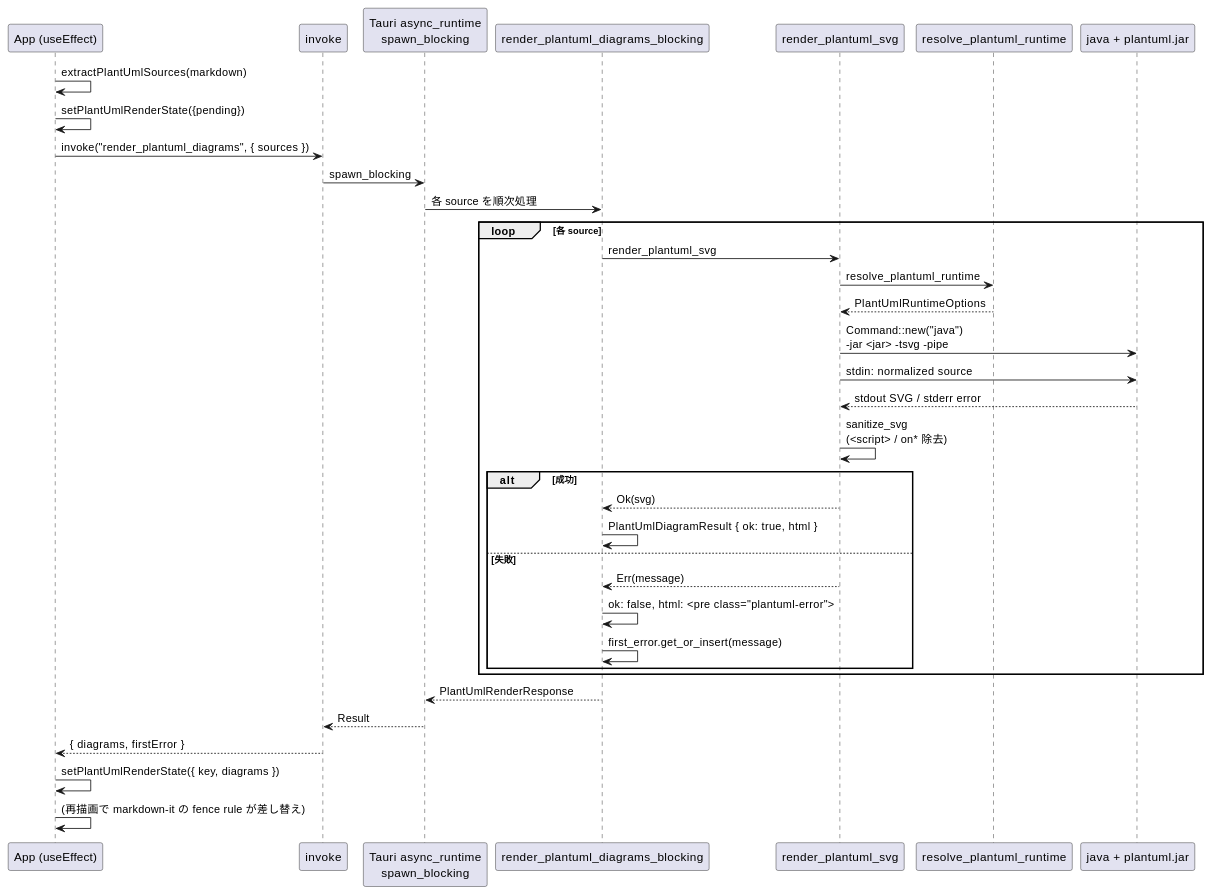
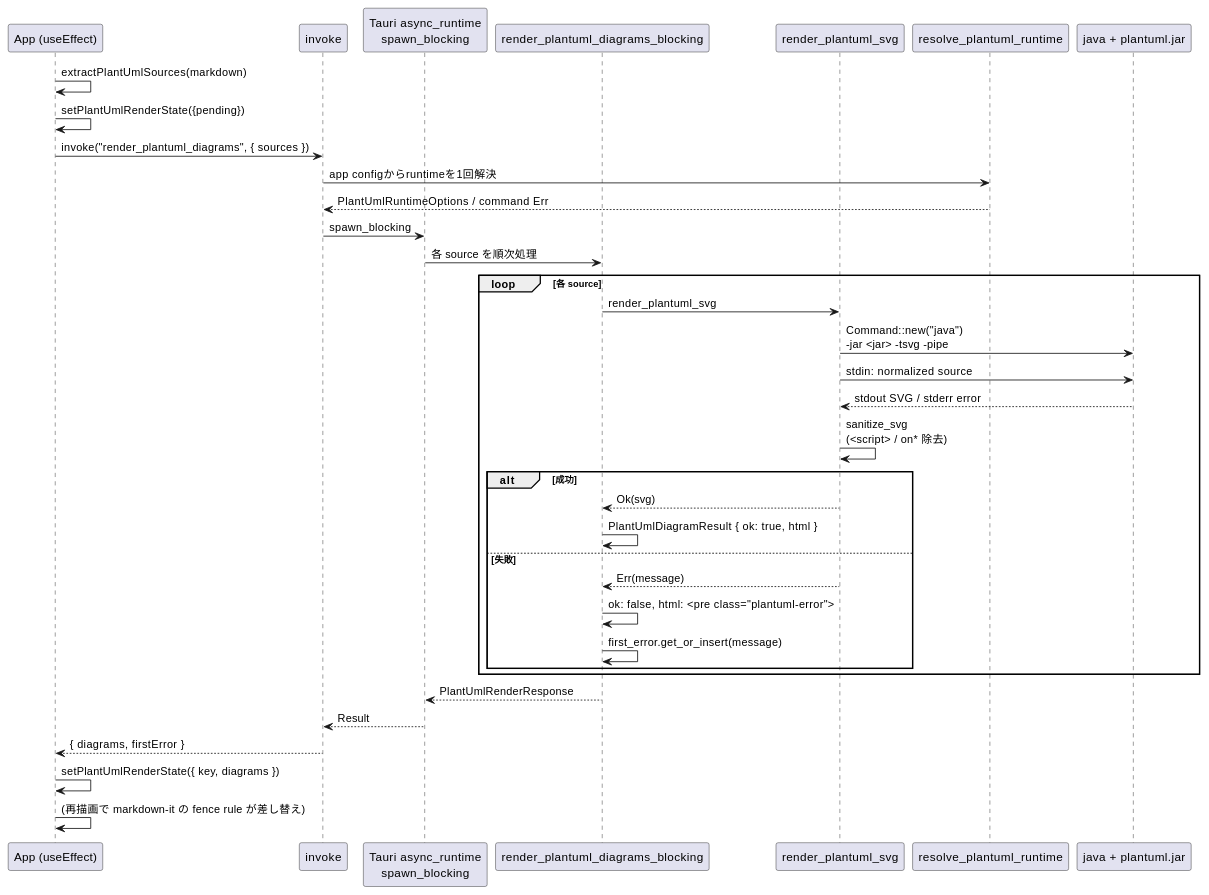
The third of 5 diagrams in docs/components/tauri_viewer/detail_design.md (an-embedded-engineer/MarkdownViewer), drawn with PlantUML before and after one commit. The commit also changed other lines of this file and 11 other files, not shown here.

````diff
--- a/docs/components/tauri_viewer/detail_design.md
+++ b/docs/components/tauri_viewer/detail_design.md
@@ -181,40 +181,40 @@
 ```plantuml
 @startuml
 skinparam shadowing false
 participant "App (useEffect)" as App
 participant "invoke" as Inv
 participant "Tauri async_runtime\nspawn_blocking" as Tk
 participant "render_plantuml_diagrams_blocking" as Block
 participant "render_plantuml_svg" as RSvg
 participant "resolve_plantuml_runtime" as RR
 participant "java + plantuml.jar" as J
 
 App -> App : extractPlantUmlSources(markdown)
 App -> App : setPlantUmlRenderState({pending})
 App -> Inv : invoke("render_plantuml_diagrams", { sources })
+Inv -> RR : app configからruntimeを1回解決
+RR --> Inv : PlantUmlRuntimeOptions / command Err
 Inv -> Tk : spawn_blocking
 Tk -> Block : 各 source を順次処理
 loop 各 source
   Block -> RSvg : render_plantuml_svg
-  RSvg -> RR : resolve_plantuml_runtime
-  RR --> RSvg : PlantUmlRuntimeOptions
   RSvg -> J : Command::new("java")\n-jar <jar> -tsvg -pipe
   RSvg -> J : stdin: normalized source
   J --> RSvg : stdout SVG / stderr error
   RSvg -> RSvg : sanitize_svg\n(<script> / on* 除去)
   alt 成功
     RSvg --> Block : Ok(svg)
     Block -> Block : PlantUmlDiagramResult { ok: true, html }
   else 失敗
     RSvg --> Block : Err(message)
     Block -> Block : ok: false, html: <pre class="plantuml-error">
     Block -> Block : first_error.get_or_insert(message)
   end
 end
 Block --> Tk : PlantUmlRenderResponse
 Tk --> Inv : Result
 Inv --> App : { diagrams, firstError }
 App -> App : setPlantUmlRenderState({ key, diagrams })
 App -> App : (再描画で markdown-it の fence rule が差し替え)
 @enduml
 ```
````
